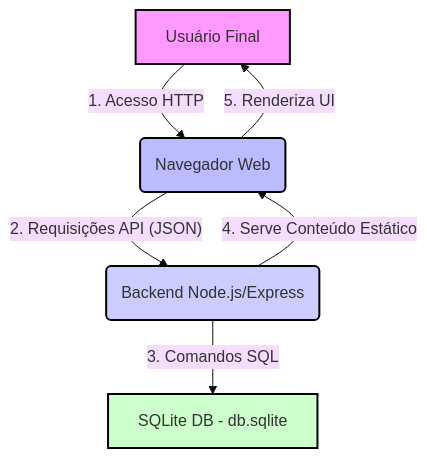
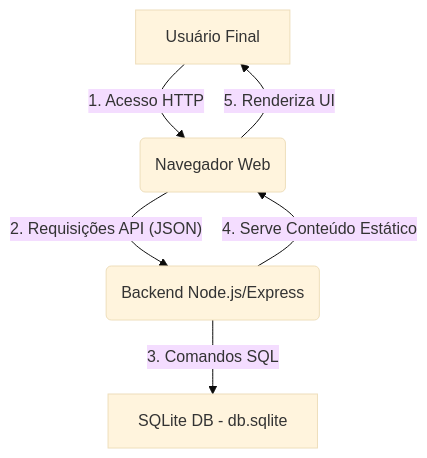
One commit to guilhermE-029/taskry changed the diagram in docs/03-arquitetura.md. Above: the diagram before and after it, drawn with Mermaid (base theme).

````diff
--- a/docs/03-arquitetura.md
+++ b/docs/03-arquitetura.md
@@ -13,21 +13,15 @@
 ```mermaid
 graph TD
     %% Entidades Principais
     A[Usuário Final]
     B(Navegador Web)
     C(Backend Node.js/Express)
     D[SQLite DB - db.sqlite]
 
     %% Fluxo de Interação
     A -- 1. Acesso HTTP --> B
     B -- 2. Requisições API (JSON) --> C
     C -- 3. Comandos SQL --> D
     C -- 4. Serve Conteúdo Estático --> B
     B -- 5. Renderiza UI --> A
-
-    %% Estilos (Opcional, mas melhora a visualização em alguns renderizadores Mermaid)
-    style A fill:#f9f,stroke:#0c0c0c,stroke-width:2px
-    style B fill:#bbf,stroke:#000000,stroke-width:2px
-    style C fill:#ccf,stroke:#000000,stroke-width:2px
-    style D fill:#cfc,stroke:#000000,stroke-width:2px
 ```
````
